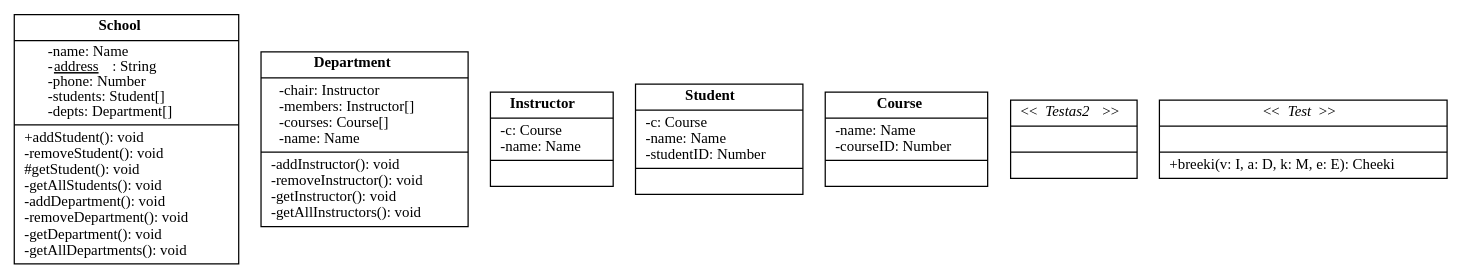
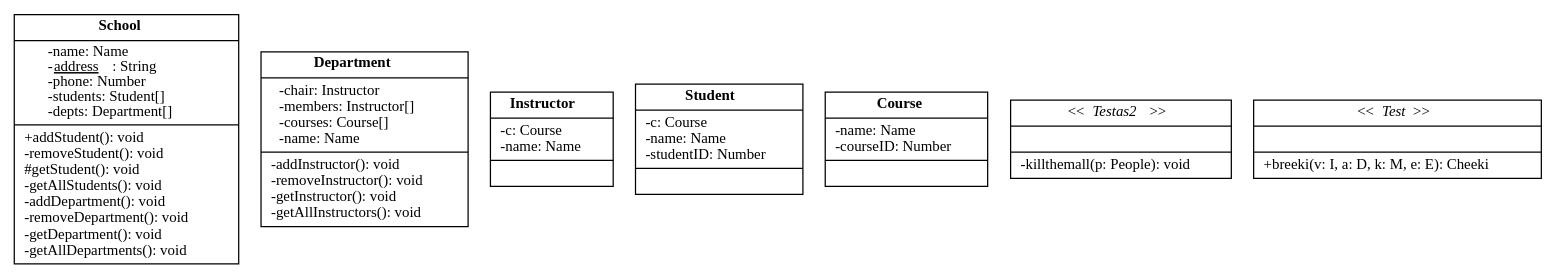
The diagram in diagram.dot (ruankotovich/JTD), drawn with Graphviz before and after one commit. The commit also changed 4 other files, not shown here.

```diff
--- a/diagram.dot
+++ b/diagram.dot
@@ -1,20 +1,20 @@
 digraph {
 fontname = "Bitstream Vera Sans"
 fontsize = 12
 node [
 fontname = "Bitstream Vera Sans"
 fontsize = 12
 shape = "record"
 ]
 edge [
 fontname = "Bitstream Vera Sans"
 fontsize = 12
 ]
 1 [ label = <{<b>School</b>|-name: Name<br align="left"/>-<u>address</u>: String<br align="left"/>-phone: Number<br align="left"/>-students: Student[]<br align="left"/>-depts: Department[]<br align="left"/>|+addStudent(): void<br align="left"/>-removeStudent(): void<br align="left"/>#getStudent(): void<br align="left"/>-getAllStudents(): void<br align="left"/>-addDepartment(): void<br align="left"/>-removeDepartment(): void<br align="left"/>-getDepartment(): void<br align="left"/>-getAllDepartments(): void<br align="left"/>}>]
 2 [ label = <{<b>Department</b>|-chair: Instructor<br align="left"/>-members: Instructor[]<br align="left"/>-courses: Course[]<br align="left"/>-name: Name<br align="left"/>|-addInstructor(): void<br align="left"/>-removeInstructor(): void<br align="left"/>-getInstructor(): void<br align="left"/>-getAllInstructors(): void<br align="left"/>}>]
 3 [ label = <{<b>Instructor</b>|-c: Course<br align="left"/>-name: Name<br align="left"/>|}>]
 4 [ label = <{<b>Student</b>|-c: Course<br align="left"/>-name: Name<br align="left"/>-studentID: Number<br align="left"/>|}>]
 5 [ label = <{<b>Course</b>|-name: Name<br align="left"/>-courseID: Number<br align="left"/>|}>]
-6 [ label = <{&lt;&lt;<i>Testas2</i>&gt;&gt;||}>]
+6 [ label = <{&lt;&lt;<i>Testas2</i>&gt;&gt;||-killthemall(p: People): void<br align="left"/>}>]
 7 [ label = <{&lt;&lt;<i>Test</i>&gt;&gt;||+breeki(v: I, a: D, k: M, e: E): Cheeki<br align="left"/>}>]
 }
```
